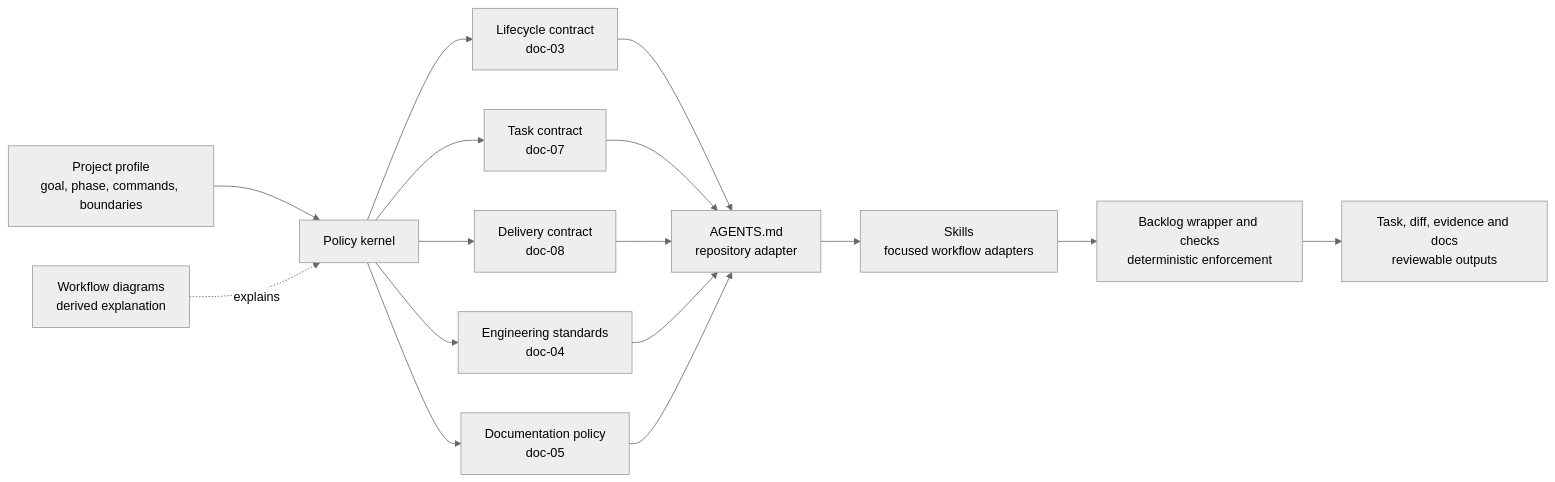
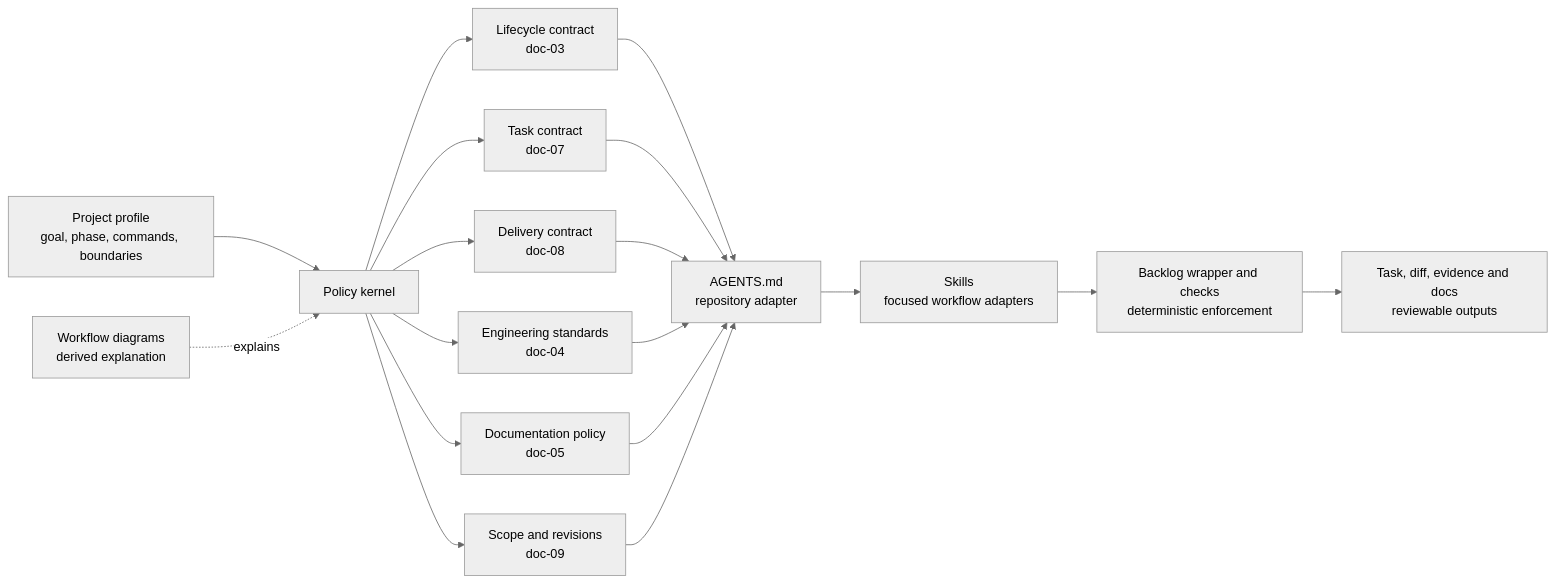
One commit to SwitchOCE/Switchflow changed the diagram in docs/architecture.md. Above: the diagram before and after it, drawn with Mermaid (neutral theme). The commit also changed other lines of this file and 32 other files, not shown here.

````diff
--- a/docs/architecture.md
+++ b/docs/architecture.md
@@ -18,21 +18,23 @@
 ```mermaid
 flowchart LR
     P[Project profile<br/>goal, phase, commands, boundaries] --> K[Policy kernel]
     K --> L[Lifecycle contract<br/>doc-03]
     K --> T[Task contract<br/>doc-07]
     K --> D[Delivery contract<br/>doc-08]
     K --> Q[Engineering standards<br/>doc-04]
     K --> M[Documentation policy<br/>doc-05]
+    K --> R[Scope and revisions<br/>doc-09]
 
     L --> A[AGENTS.md<br/>repository adapter]
     T --> A
     D --> A
     Q --> A
     M --> A
+    R --> A
 
     A --> S[Skills<br/>focused workflow adapters]
     S --> B[Backlog wrapper and checks<br/>deterministic enforcement]
     B --> E[Task, diff, evidence and docs<br/>reviewable outputs]
 
     W[Workflow diagrams<br/>derived explanation] -. explains .-> K
 ```
````
